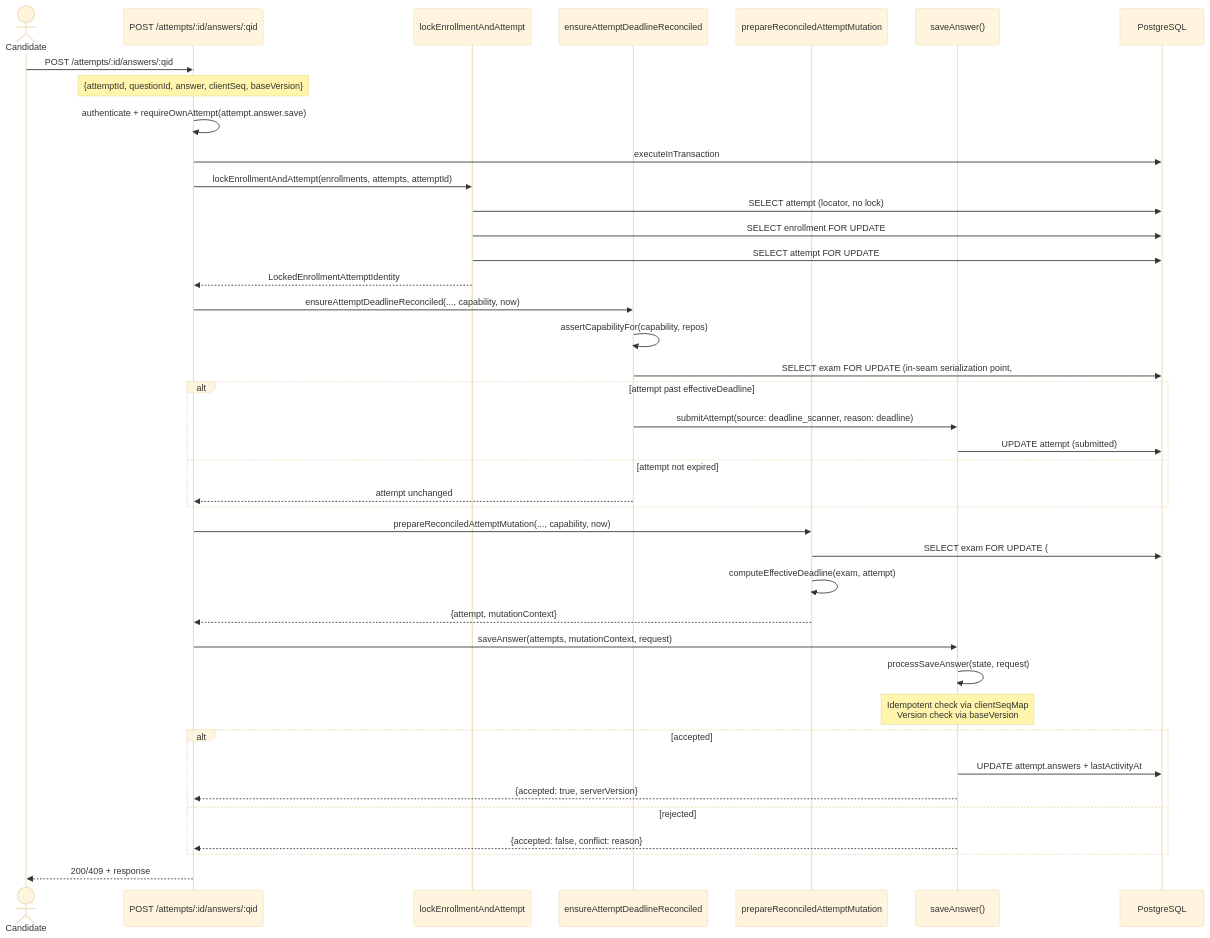
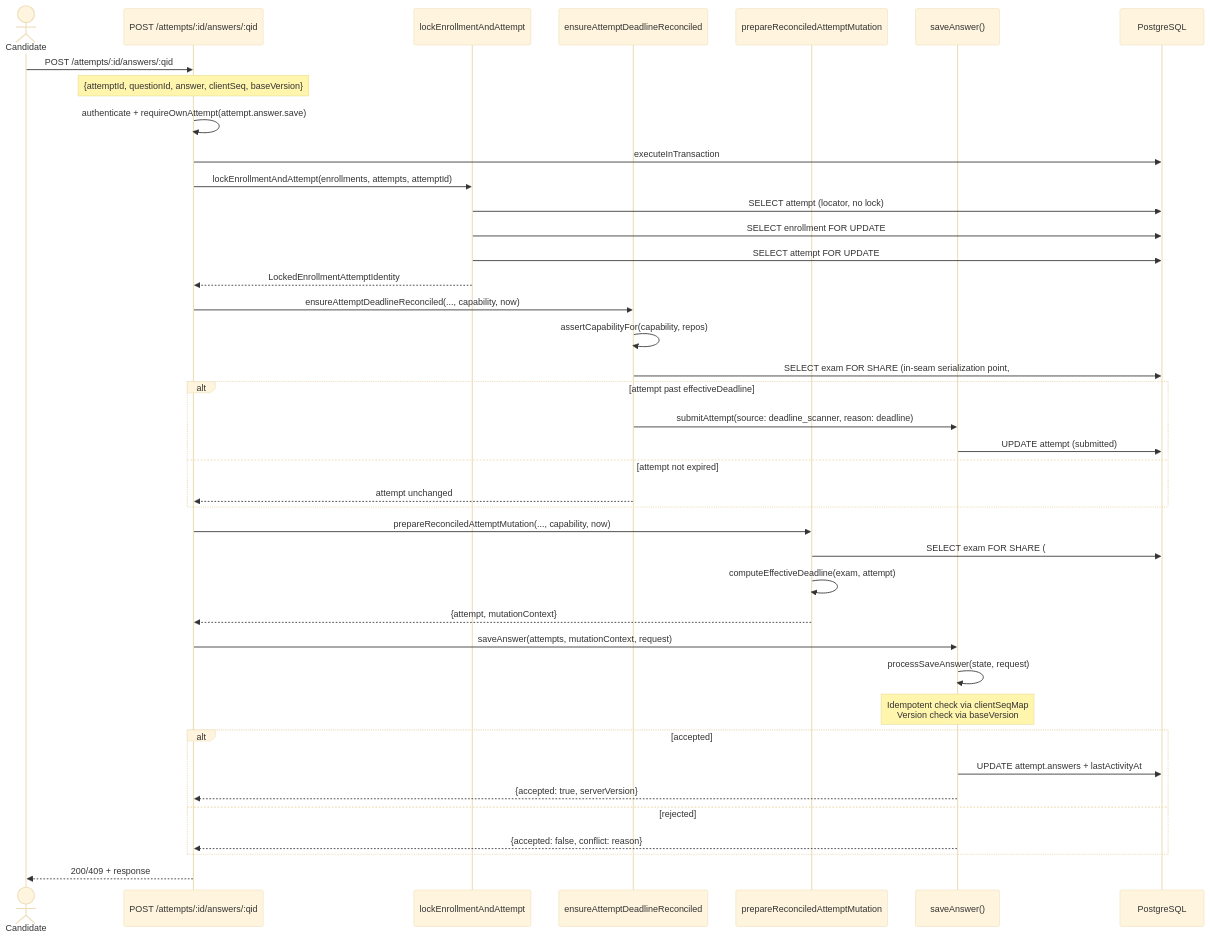
The fifth of 11 diagrams in docs/architecture/exam-system/diagrams.md (jnhu76/exam), drawn with Mermaid (base theme) before and after one commit. The commit also changed 2 other files, not shown here.

Commit message:
docs(exam): align deadline lock mechanism with FOR SHARE
Update the current-mechanism surfaces only (transaction inventory, row
-lock method table, lock-order narrative, EXAM-543 save serialization
point, sequence diagrams): the candidate deadline-authority Exam read is
a shared row lock — same authority serialization with reader-reader
coexistence, not a semantic relaxation. Normative authority (EXSEM
rules, ADR-008) is untouched: ADR-008 states 'Postgres row lock'
generically, which remains literally true.

````diff
--- a/docs/architecture/exam-system/diagrams.md
+++ b/docs/architecture/exam-system/diagrams.md
@@ -289,48 +289,48 @@
 ```mermaid
 sequenceDiagram
     actor Candidate
     participant Route as POST /attempts/:id/answers/:qid
     participant Lock as lockEnrollmentAndAttempt
     participant Recon as ensureAttemptDeadlineReconciled
     participant Prep as prepareReconciledAttemptMutation
     participant Save as saveAnswer()
     participant DB as PostgreSQL
 
     Candidate->>Route: POST /attempts/:id/answers/:qid
     Note over Route: {attemptId, questionId, answer, clientSeq, baseVersion}
     Route->>Route: authenticate + requireOwnAttempt(attempt.answer.save)
     Route->>DB: executeInTransaction
 
     Route->>Lock: lockEnrollmentAndAttempt(enrollments, attempts, attemptId)
     Lock->>DB: SELECT attempt (locator, no lock)
     Lock->>DB: SELECT enrollment FOR UPDATE
     Lock->>DB: SELECT attempt FOR UPDATE
     Lock-->>Route: LockedEnrollmentAttemptIdentity
 
     Route->>Recon: ensureAttemptDeadlineReconciled(..., capability, now)
     Recon->>Recon: assertCapabilityFor(capability, repos)
-    Recon->>DB: SELECT exam FOR UPDATE (in-seam serialization point, #558)
+    Recon->>DB: SELECT exam FOR SHARE (in-seam serialization point, #558)
     alt attempt past effectiveDeadline
         Recon->>Save: submitAttempt(source: deadline_scanner, reason: deadline)
         Save->>DB: UPDATE attempt (submitted)
     else attempt not expired
         Recon-->>Route: attempt unchanged
     end
 
     Route->>Prep: prepareReconciledAttemptMutation(..., capability, now)
-    Prep->>DB: SELECT exam FOR UPDATE (#543 — may re-lock the held row)
+    Prep->>DB: SELECT exam FOR SHARE (#543 — may re-lock the held row)
     Prep->>Prep: computeEffectiveDeadline(exam, attempt)
     Prep-->>Route: {attempt, mutationContext}
 
     Route->>Save: saveAnswer(attempts, mutationContext, request)
     Save->>Save: processSaveAnswer(state, request)
     Note over Save: Idempotent check via clientSeqMap<br/>Version check via baseVersion
     alt accepted
         Save->>DB: UPDATE attempt.answers + lastActivityAt
         Save-->>Route: {accepted: true, serverVersion}
     else rejected
         Save-->>Route: {accepted: false, conflict: reason}
     end
 
     Route-->>Candidate: 200/409 + response
 ```
````
